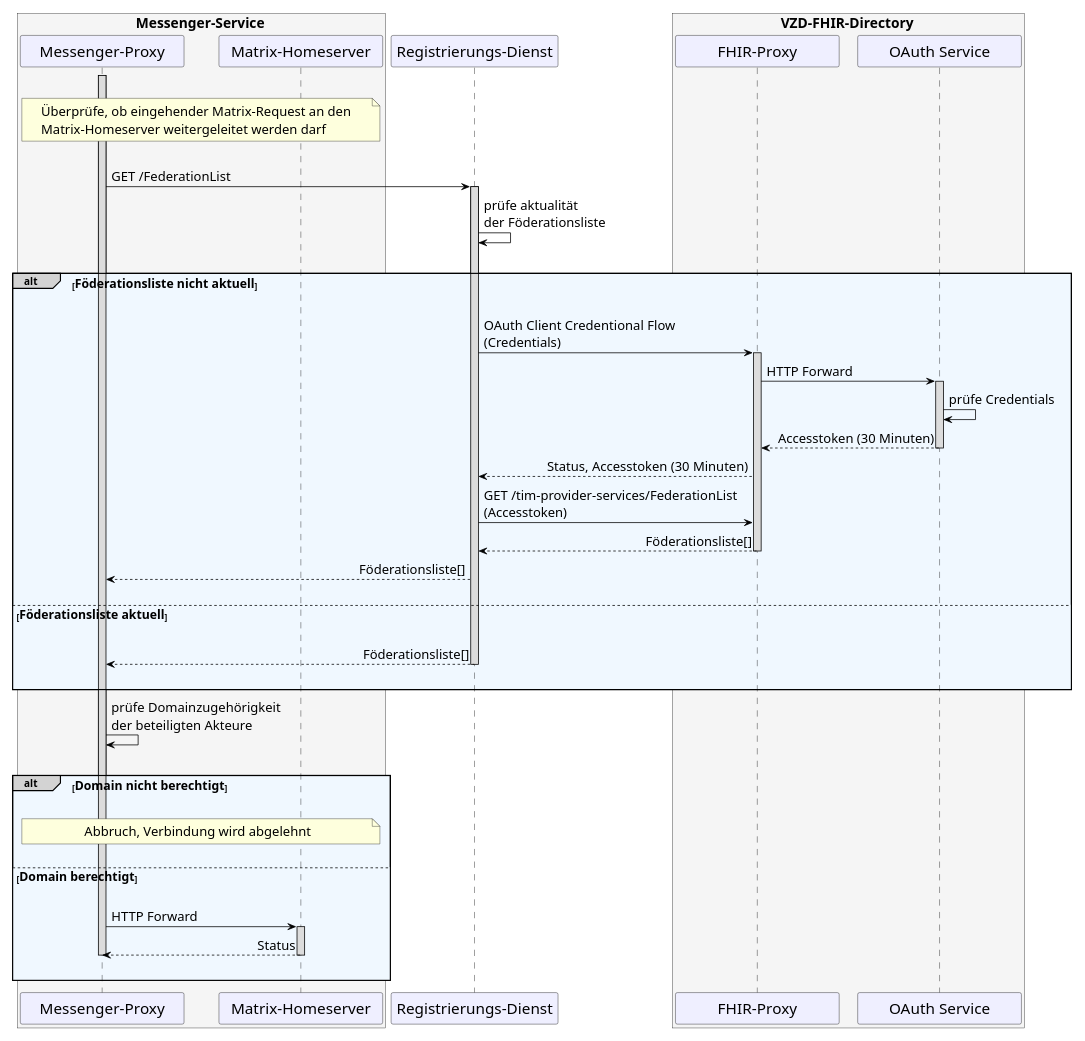
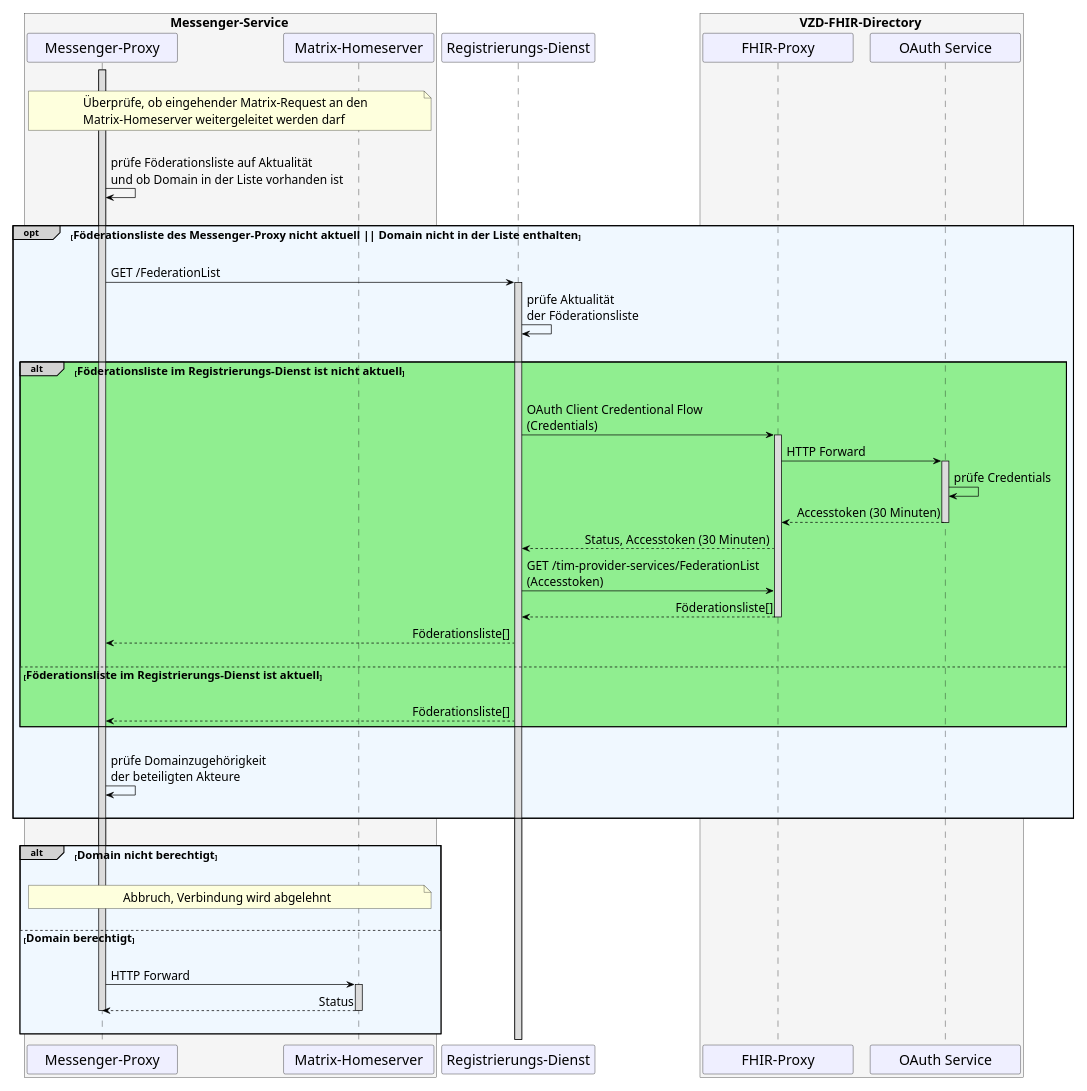
One commit to gematik/api-ti-messenger changed the diagram in src/plantuml/TI-Messenger-Dienst/Ressourcen/UC_10064_Seq.puml. Above: the diagram before and after it, drawn with PlantUML.

```diff
--- a/src/plantuml/TI-Messenger-Dienst/Ressourcen/UC_10064_Seq.puml
+++ b/src/plantuml/TI-Messenger-Dienst/Ressourcen/UC_10064_Seq.puml
@@ -9,91 +9,99 @@
 @startuml
 skinparam sequenceMessageAlign direction
 skinparam minClassWidth 200
 skinparam BoxPadding 1
 skinparam sequenceReferenceHeaderBackgroundColor palegreen
 scale max 850 width
 
 skinparam sequence {
 ArrowColor black
 ArrowFontSize 17
 ActorBorderColor black
 LifeLineBorderColor black
 LifeLineBackgroundColor Gainsboro
 
 ParticipantBorderColor Motivation
 ParticipantBackgroundColor Motivation
 ParticipantFontName Impact
 ParticipantFontSize 20
 ParticipantFontColor black
 ParticipantBorderColor Black
 ParticipantBackgroundColor MOTIVATION
 
 ActorBackgroundColor Gainsboro
 ActorFontColor black
 ActorFontSize 20
 ActorFontName Aapex
 }
     box <size:18>Messenger-Service</size> #WhiteSmoke
     participant MP as "Messenger-Proxy"
     participant MH as "Matrix-Homeserver"
     end box
     participant RD as "Registrierungs-Dienst"
     box <size:18>VZD-FHIR-Directory</size> #WhiteSmoke
       participant FP as "FHIR-Proxy"
       participant AS as "OAuth Service"
     end box
 
 |||
 note over MP, MH: <size:17>Überprüfe, ob eingehender Matrix-Request an den \n<size:17>Matrix-Homeserver weitergeleitet werden darf</size>
 |||
 
     Activate MP
+  MP->MP: prüfe Föderationsliste auf Aktualität \nund ob Domain in der Liste vorhanden ist
+
+|||
+opt#LightGrey #AliceBlue <size:16>Föderationsliste des Messenger-Proxy nicht aktuell || Domain nicht in der Liste enthalten</size>
+|||  
+
   MP->RD: GET /FederationList
     Activate RD
-  RD->RD: prüfe aktualität \nder Föderationsliste
+  RD->RD: prüfe Aktualität \nder Föderationsliste
+  
+  |||
+  alt#LightGrey #Lightgreen <size:16>Föderationsliste im Registrierungs-Dienst ist nicht aktuell</size>
+  ||| 
+  
+    RD->FP: OAuth Client Credentional Flow \n(Credentials)
+        Activate FP
+    FP->AS: HTTP Forward
+      Activate AS
+    AS->AS: prüfe Credentials
+    AS-->FP: Accesstoken (30 Minuten)
+      Deactivate AS
+    FP-->RD: Status, Accesstoken (30 Minuten)
+    RD->FP: GET /tim-provider-services/FederationList \n(Accesstoken)
+    FP-->RD: Föderationsliste[]
+      Deactivate FP
+    RD-->MP: Föderationsliste[]
 
-|||
-alt#LightGrey #AliceBlue <size:16>Föderationsliste nicht aktuell</size>
-|||  
-
-  RD->FP: OAuth Client Credentional Flow \n(Credentials)
-      Activate FP
-  FP->AS: HTTP Forward
-    Activate AS
-  AS->AS: prüfe Credentials
-  AS-->FP: Accesstoken (30 Minuten)
-    Deactivate AS
-  FP-->RD: Status, Accesstoken (30 Minuten)
-  RD->FP: GET /tim-provider-services/FederationList \n(Accesstoken)
-  FP-->RD: Föderationsliste[]
-    Deactivate FP
-  RD-->MP: Föderationsliste[]
-
+      |||
+      else <size:16>Föderationsliste im Registrierungs-Dienst ist aktuell</size>
+      |||
+        RD-->MP: Föderationsliste[]
+  end
+  
   |||
-  else <size:16>Föderationsliste aktuell</size>
-  ||| 
-    
-    RD-->MP: Föderationsliste[] 
-      Deactivate RD
+  MP->MP: prüfe Domainzugehörigkeit \nder beteiligten Akteure
   |||
+  
 end
-
-  MP->MP: prüfe Domainzugehörigkeit \nder beteiligten Akteure
 
 |||
 alt#LightGrey #AliceBlue <size:16>Domain nicht berechtigt</size>
 |||  
+
   note over MP, MH: <size:17>Abbruch, Verbindung wird abgelehnt</size>
   ||| 
   
   else <size:16>Domain berechtigt</size>
     ||| 
     MP->MH: HTTP Forward
       Activate MH
     MH-->MP: Status
       Deactivate MH
       Deactivate MP
     ||| 
 
 end
 @enduml
```
